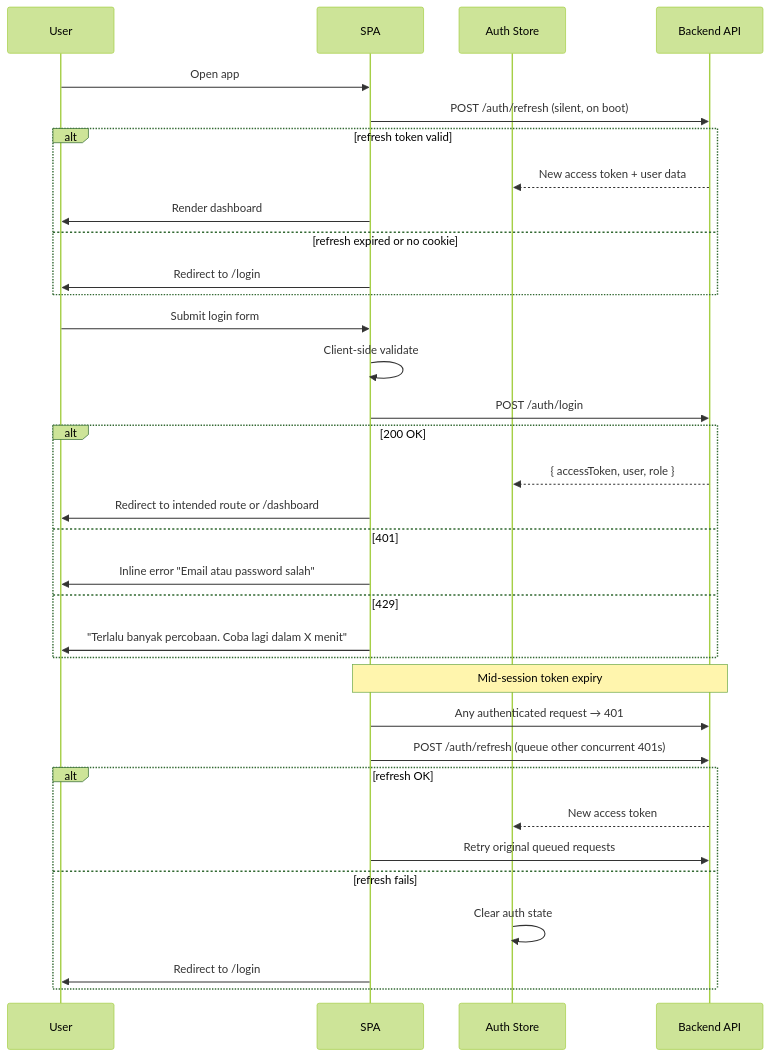
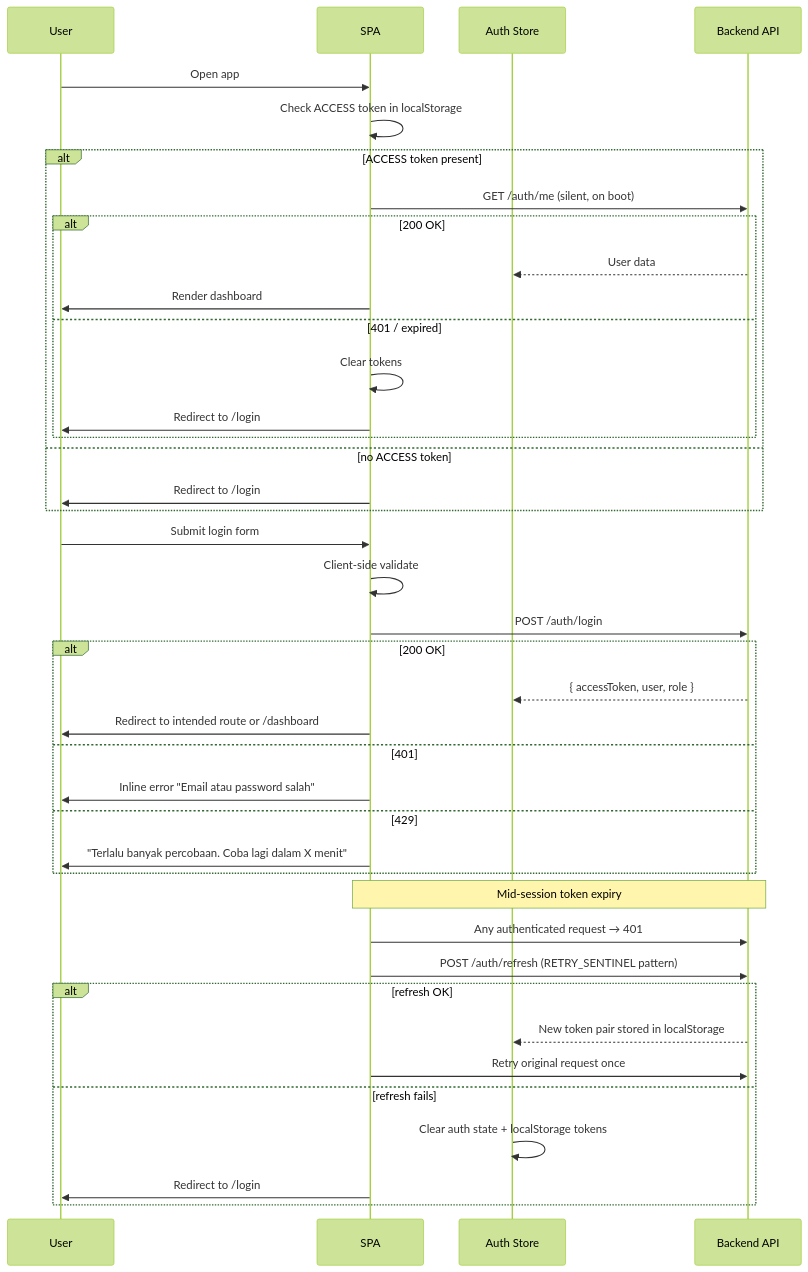
Before and after one commit to hrndbrs/teman-berbahasa: the second of 6 diagrams in docs/admin-dashboard-frd.md, drawn with Mermaid (forest theme). The commit also changed other lines of this file and 2 other files, not shown here.

First line of the commit message:
docs: update README, CLAUDE.md, and FRD to reflect localStorage token strategy

````diff
--- a/docs/admin-dashboard-frd.md
+++ b/docs/admin-dashboard-frd.md
@@ -521,39 +522,45 @@
 ```mermaid
 sequenceDiagram
     participant U as User
     participant SPA as SPA
     participant Store as Auth Store
     participant API as Backend API
 
     U->>SPA: Open app
-    SPA->>API: POST /auth/refresh (silent, on boot)
-    alt refresh token valid
-        API-->>Store: New access token + user data
-        SPA->>U: Render dashboard
-    else refresh expired or no cookie
+    SPA->>SPA: Check ACCESS token in localStorage
+    alt ACCESS token present
+        SPA->>API: GET /auth/me (silent, on boot)
+        alt 200 OK
+            API-->>Store: User data
+            SPA->>U: Render dashboard
+        else 401 / expired
+            SPA->>SPA: Clear tokens
+            SPA->>U: Redirect to /login
+        end
+    else no ACCESS token
         SPA->>U: Redirect to /login
     end
 
     U->>SPA: Submit login form
     SPA->>SPA: Client-side validate
     SPA->>API: POST /auth/login
     alt 200 OK
         API-->>Store: { accessToken, user, role }
         SPA->>U: Redirect to intended route or /dashboard
     else 401
         SPA->>U: Inline error "Email atau password salah"
     else 429
         SPA->>U: "Terlalu banyak percobaan. Coba lagi dalam X menit"
     end
 
     note over SPA,API: Mid-session token expiry
     SPA->>API: Any authenticated request → 401
-    SPA->>API: POST /auth/refresh (queue other concurrent 401s)
+    SPA->>API: POST /auth/refresh (RETRY_SENTINEL pattern)
     alt refresh OK
-        API-->>Store: New access token
-        SPA->>API: Retry original queued requests
+        API-->>Store: New token pair stored in localStorage
+        SPA->>API: Retry original request once
     else refresh fails
-        Store->>Store: Clear auth state
+        Store->>Store: Clear auth state + localStorage tokens
         SPA->>U: Redirect to /login
     end
 ```
````
